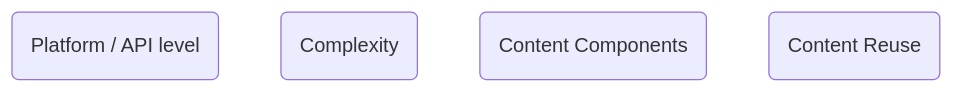
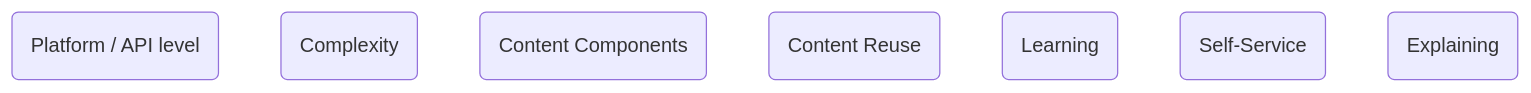
The second of 2 diagrams in overview.md (joe-dorward/samples), drawn with Mermaid before and after one commit.

````diff
--- a/overview.md
+++ b/overview.md
@@ -63,12 +58,16 @@
 ```mermaid
 flowchart
 PLATFORM_API("Platform / API level")
 COMPLEXITY("Complexity")
 CONTENT_COMPONENTS("Content Components")
 CONTENT_REUSE("Content Reuse")
 
+LEARNING("Learning")
+SELF_SERVICE("Self-Service")
+EXPLAINING("Explaining")
+
 %%I_LOVE-."working at the".-PLATFORM_API
 %%I_LOVE-.-COMPLEXITY
 %%I_LOVE-.-LEARNING
 %%I_LOVE-.-EXPLAINING
 ```
````
